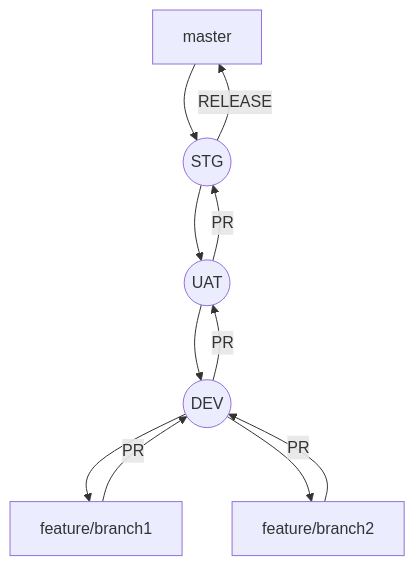
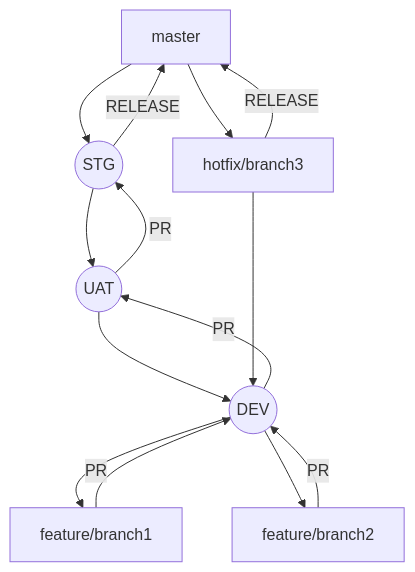
Before and after one commit to Tamimah-Research/documentation: the diagram in documentation.md, drawn with Mermaid. The commit also changed other lines of this file, not shown here.

````diff
--- a/documentation.md
+++ b/documentation.md
@@ -64,13 +73,17 @@
 ```mermaid
 graph TB
 A[ master]  --> B((STG))
 B --RELEASE--> A
 B --> C((UAT))
 C --PR--> B
 C --> D((DEV))
 D--PR--> C
 D --> E[feature/branch1]
 E -- PR --> D
 D --> F[feature/branch2]
 F -- PR --> D
+A --> G[hotfix/branch3]
+G --RELEASE--> A
+G --> D
+
 ```
````
